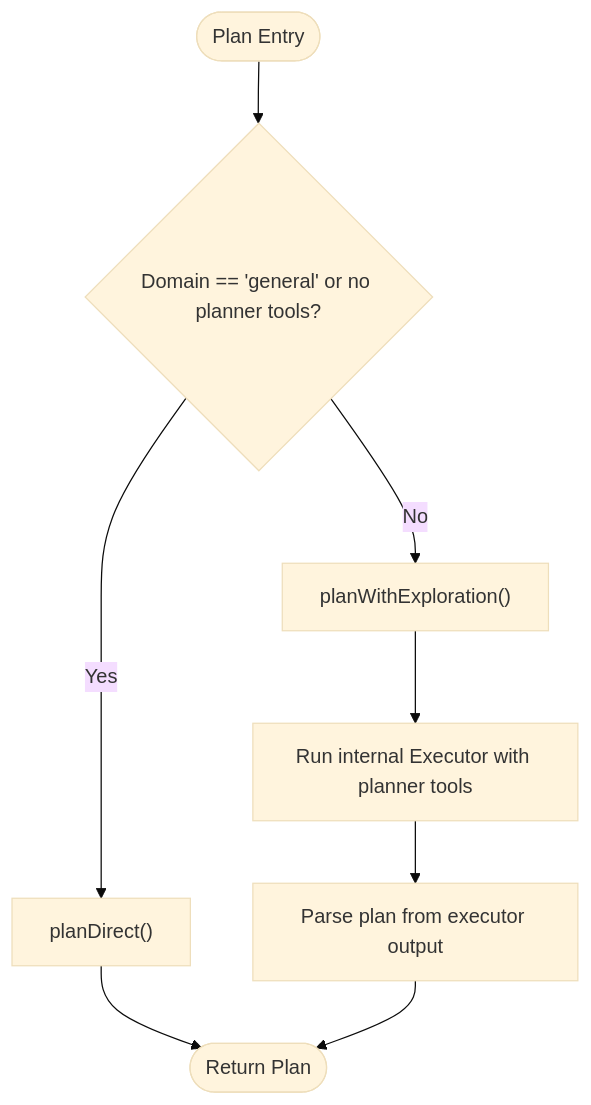
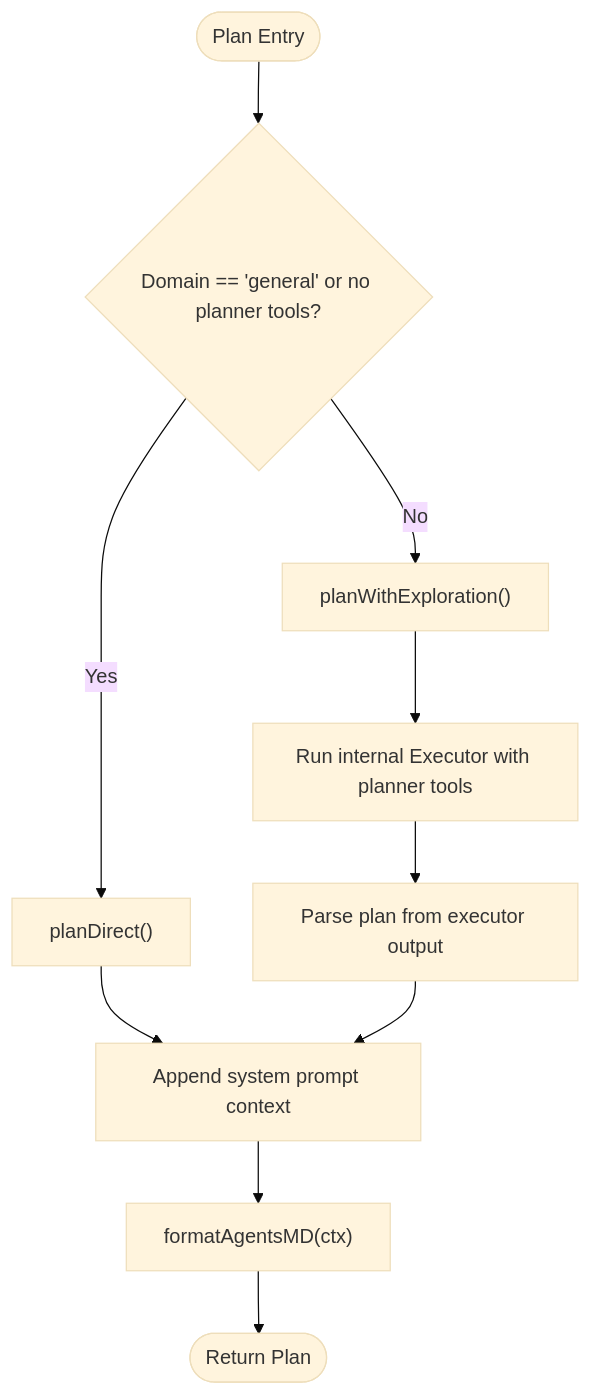
Before and after one commit to v0lka/c0wrk: the sixth of 13 diagrams in .qoder/repowiki/en/content/Core AI Engine/Orchestrator Architecture.md, drawn with Mermaid (base theme). The commit also changed other lines of this file and 80 other files, not shown here.

````diff
--- a/.qoder/repowiki/en/content/Core AI Engine/Orchestrator Architecture.md
+++ b/.qoder/repowiki/en/content/Core AI Engine/Orchestrator Architecture.md
@@ -279,10 +354,12 @@
 ```mermaid
 flowchart TD
 Start(["Plan Entry"]) --> CheckDomain{"Domain == 'general' or no planner tools?"}
 CheckDomain --> |Yes| DirectPlan["planDirect()"]
 CheckDomain --> |No| ExplorePlan["planWithExploration()"]
 ExplorePlan --> Exec["Run internal Executor with planner tools"]
 Exec --> ParsePlan["Parse plan from executor output"]
-DirectPlan --> Return(["Return Plan"])
-ParsePlan --> Return
+DirectPlan --> AppendContext["Append system prompt context"]
+ParsePlan --> AppendContext
+AppendContext --> FormatAgents["formatAgentsMD(ctx)"]
+FormatAgents --> Return(["Return Plan"])
 ```
````
